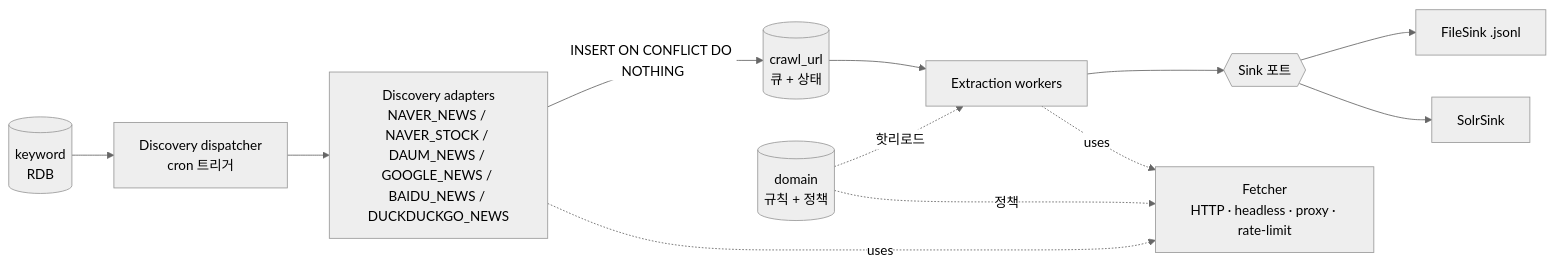
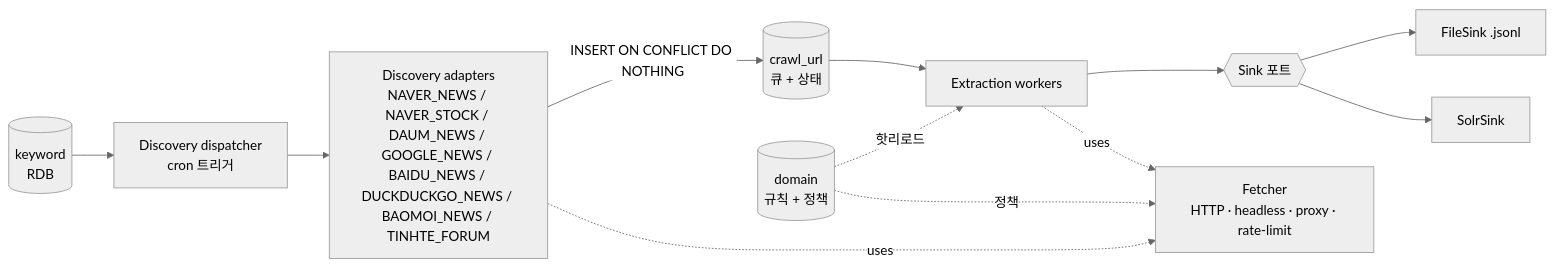
Before and after one commit to JHS-on-Lab/discovery-worker: the first of 3 diagrams in docs/discovery-worker-design.md, drawn with Mermaid (neutral theme). The commit also changed other lines of this file and 5 other files, not shown here.

````diff
--- a/docs/discovery-worker-design.md
+++ b/docs/discovery-worker-design.md
@@ -38,14 +38,14 @@
 ```mermaid
 flowchart LR
   KW[(keyword<br/>RDB)] --> DISP[Discovery dispatcher<br/>cron 트리거]
-  DISP --> DA[Discovery adapters<br/>NAVER_NEWS / NAVER_STOCK / DAUM_NEWS / GOOGLE_NEWS / BAIDU_NEWS / DUCKDUCKGO_NEWS]
+  DISP --> DA[Discovery adapters<br/>NAVER_NEWS / NAVER_STOCK / DAUM_NEWS / GOOGLE_NEWS / BAIDU_NEWS / DUCKDUCKGO_NEWS / BAOMOI_NEWS / TINHTE_FORUM]
   DA -->|INSERT ON CONFLICT DO NOTHING| AU[(crawl_url<br/>큐 + 상태)]
   AU --> EX[Extraction workers]
   EX --> SINK{{Sink 포트}}
   SINK --> FILE[FileSink .jsonl]
   SINK --> SOLR[SolrSink]
   DA -. uses .-> FET[Fetcher<br/>HTTP · headless · proxy · rate-limit]
   EX -. uses .-> FET
   DOM[(domain<br/>규칙 + 정책)] -. 핫리로드 .-> EX
   DOM -. 정책 .-> FET
 ```
````
